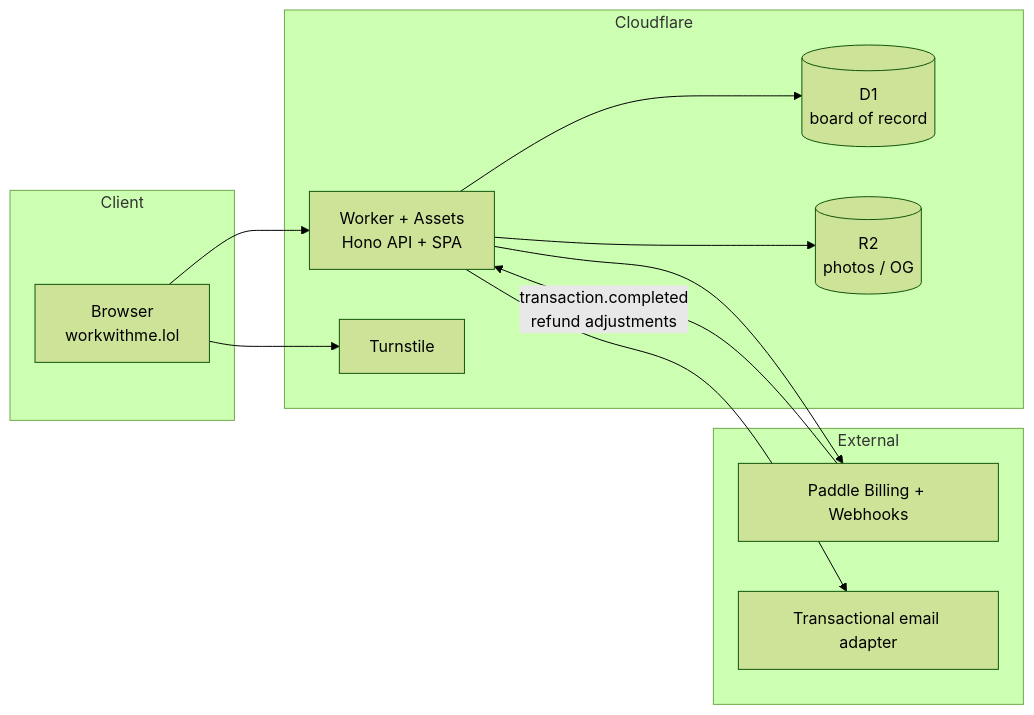
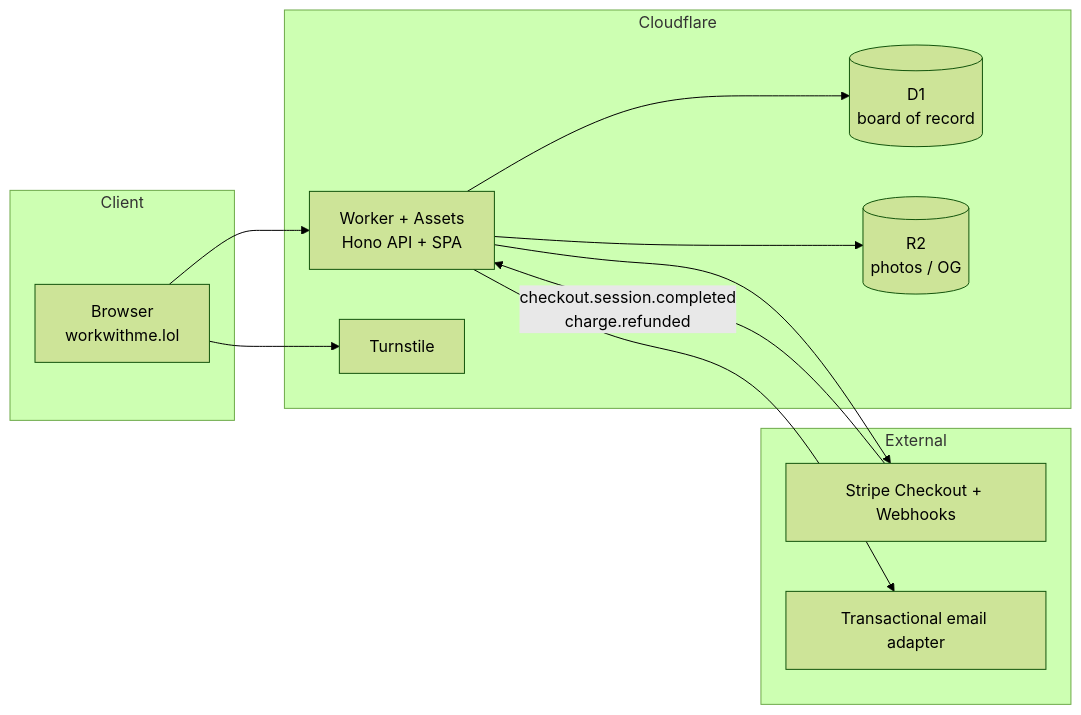
Before and after one commit to travisrr/hireme-lol: the first of 2 diagrams in ARCHITECTURE.md, drawn with Mermaid (forest theme). The commit also changed other lines of this file and 21 other files, not shown here.

First line of the commit message:
Switch live payments back to Stripe Checkout.

````diff
--- a/ARCHITECTURE.md
+++ b/ARCHITECTURE.md
@@ -56,26 +56,26 @@
 ```mermaid
 flowchart LR
   subgraph Client
     Browser["Browser\nworkwithme.lol"]
   end
 
   subgraph CF["Cloudflare"]
     Worker["Worker + Assets\nHono API + SPA"]
     D1[("D1\nboard of record")]
     R2[("R2\nphotos / OG")]
     Turnstile[Turnstile]
   end
 
   subgraph External
-    Paddle[Paddle Billing + Webhooks]
+    Stripe[Stripe Checkout + Webhooks]
     Email[Transactional email adapter]
   end
 
   Browser --> Turnstile
   Browser --> Worker
   Worker --> D1
   Worker --> R2
-  Worker --> Paddle
+  Worker --> Stripe
   Worker --> Email
-  Paddle -->|transaction.completed\nrefund adjustments| Worker
+  Stripe -->|checkout.session.completed\ncharge.refunded| Worker
 ```
````
